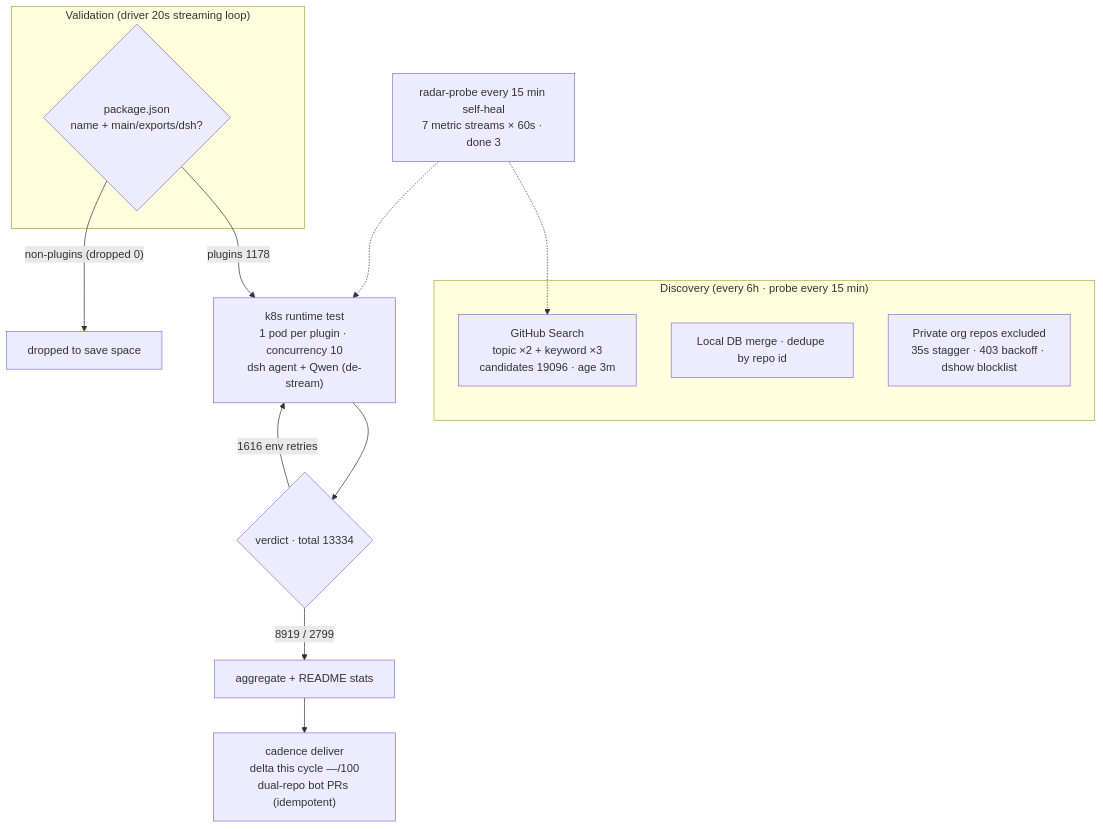
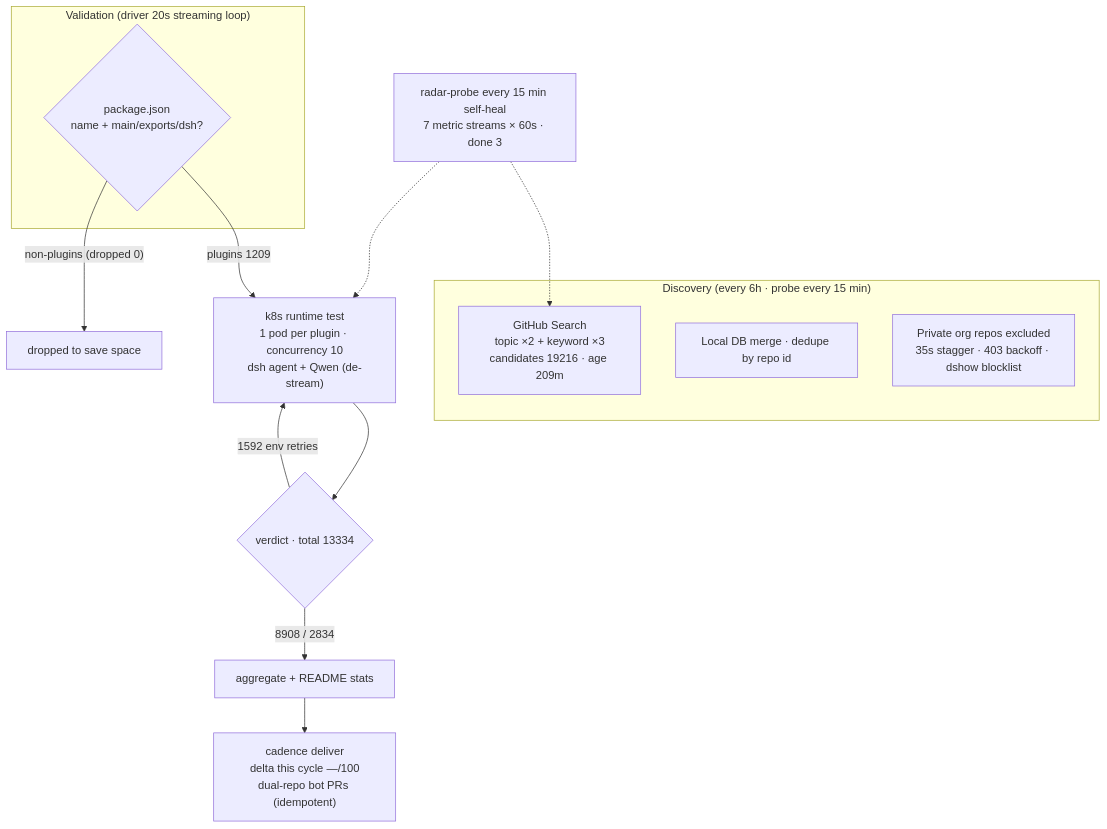
The diagram in README.en-US.md (Zhidao-Lab-OSS/awesome-dsh-plugins), drawn with Mermaid before and after one commit. The commit also changed other lines of this file and 1 other file, not shown here.

````diff
--- a/README.en-US.md
+++ b/README.en-US.md
@@ -45,20 +45,20 @@
 ```mermaid
 flowchart TB
     subgraph Discovery["Discovery (every 6h · probe every 15 min)"]
-        A1["GitHub Search<br/>topic ×2 + keyword ×3<br/>candidates 19096 · age 3m"]
+        A1["GitHub Search<br/>topic ×2 + keyword ×3<br/>candidates 19216 · age 209m"]
         A2["Local DB merge · dedupe by repo id"]
         A3["Private org repos excluded<br/>35s stagger · 403 backoff · dshow blocklist"]
     end
     subgraph Validation["Validation (driver 20s streaming loop)"]
         B1{"package.json<br/>name + main/exports/dsh?"}
     end
-    B1 -->|"plugins 1178"| C1["k8s runtime test<br/>1 pod per plugin · concurrency 10<br/>dsh agent + Qwen (de-stream)"]
+    B1 -->|"plugins 1209"| C1["k8s runtime test<br/>1 pod per plugin · concurrency 10<br/>dsh agent + Qwen (de-stream)"]
     B1 -->|"non-plugins (dropped 0)"| B3["dropped to save space"]
     C1 --> D1{"verdict · total 13334"}
-    D1 -->|"8919 / 2799"| E1["aggregate + README stats"]
-    D1 -->|"1616 env retries"| C1
+    D1 -->|"8908 / 2834"| E1["aggregate + README stats"]
+    D1 -->|"1592 env retries"| C1
     E1 --> E2["cadence deliver<br/>delta this cycle —/100<br/>dual-repo bot PRs (idempotent)"]
     M["radar-probe every 15 min self-heal<br/>7 metric streams × 60s · done 3"]
     M -.-> A1
     M -.-> C1
 ```
````
